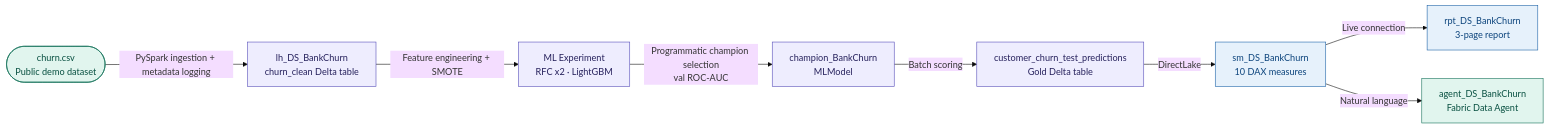
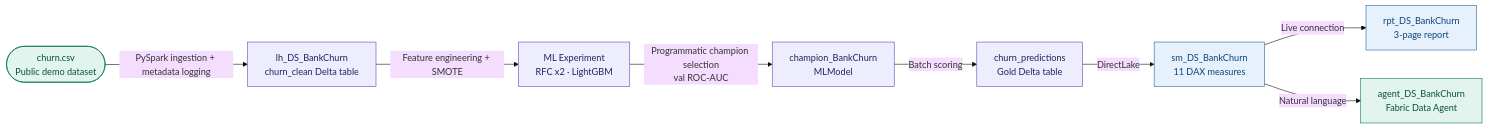
Before and after one commit to alisaghilutfi/Fabric-Analytics-Projects: the diagram in ws_DS_BankChurn/README.md, drawn with Mermaid (base theme). The commit also changed other lines of this file and 4 other files, not shown here.

First line of the commit message:
DS-BankChurn: table rename + entityName fix + end-of-session docs

````diff
--- a/ws_DS_BankChurn/README.md
+++ b/ws_DS_BankChurn/README.md
@@ -25,19 +25,19 @@
 ```mermaid
 flowchart LR
     A([churn.csv\nPublic demo dataset]) -->|PySpark ingestion + metadata logging| B[lh_DS_BankChurn\nchurn_clean Delta table]
     B -->|Feature engineering + SMOTE| C[ML Experiment\nRFC x2 · LightGBM]
     C -->|Programmatic champion selection\nval ROC-AUC| D[champion_BankChurn\nMLModel]
-    D -->|Batch scoring| E[customer_churn_test_predictions\nGold Delta table]
-    E -->|DirectLake| F[sm_DS_BankChurn\n10 DAX measures]
+    D -->|Batch scoring| E[churn_predictions\nGold Delta table]
+    E -->|DirectLake| F[sm_DS_BankChurn\n11 DAX measures]
     F -->|Live connection| G[rpt_DS_BankChurn\n3-page report]
     F -->|Natural language| H[agent_DS_BankChurn\nFabric Data Agent]
 
     style A fill:#E1F5EE,stroke:#0F6E56,color:#085041
     style B fill:#EEEDFE,stroke:#534AB7,color:#26215C
     style C fill:#EEEDFE,stroke:#534AB7,color:#26215C
     style D fill:#EEEDFE,stroke:#534AB7,color:#26215C
     style E fill:#EEEDFE,stroke:#534AB7,color:#26215C
     style F fill:#E6F1FB,stroke:#185FA5,color:#0C447C
     style G fill:#E6F1FB,stroke:#185FA5,color:#0C447C
     style H fill:#E1F5EE,stroke:#0F6E56,color:#085041
 ```
````
